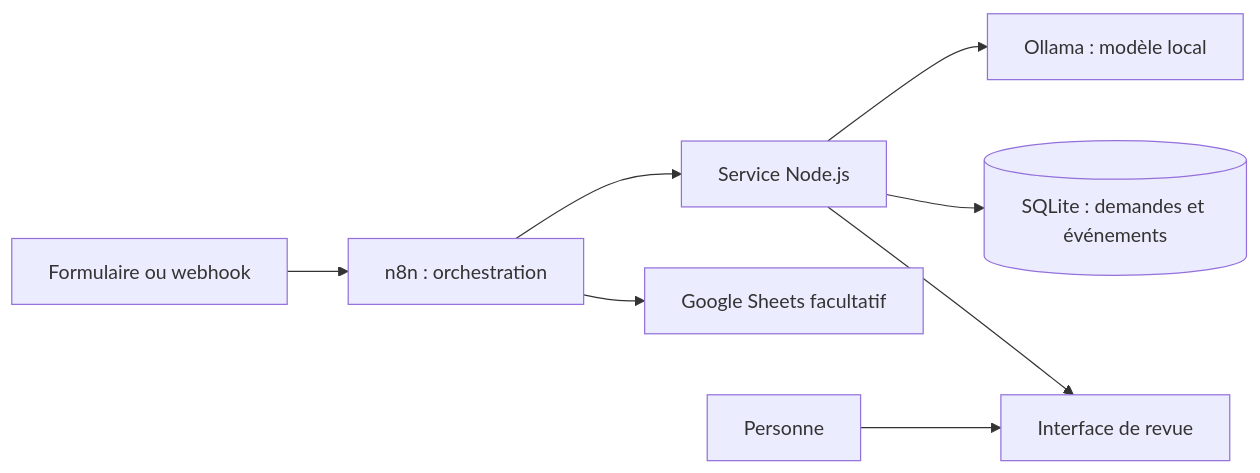
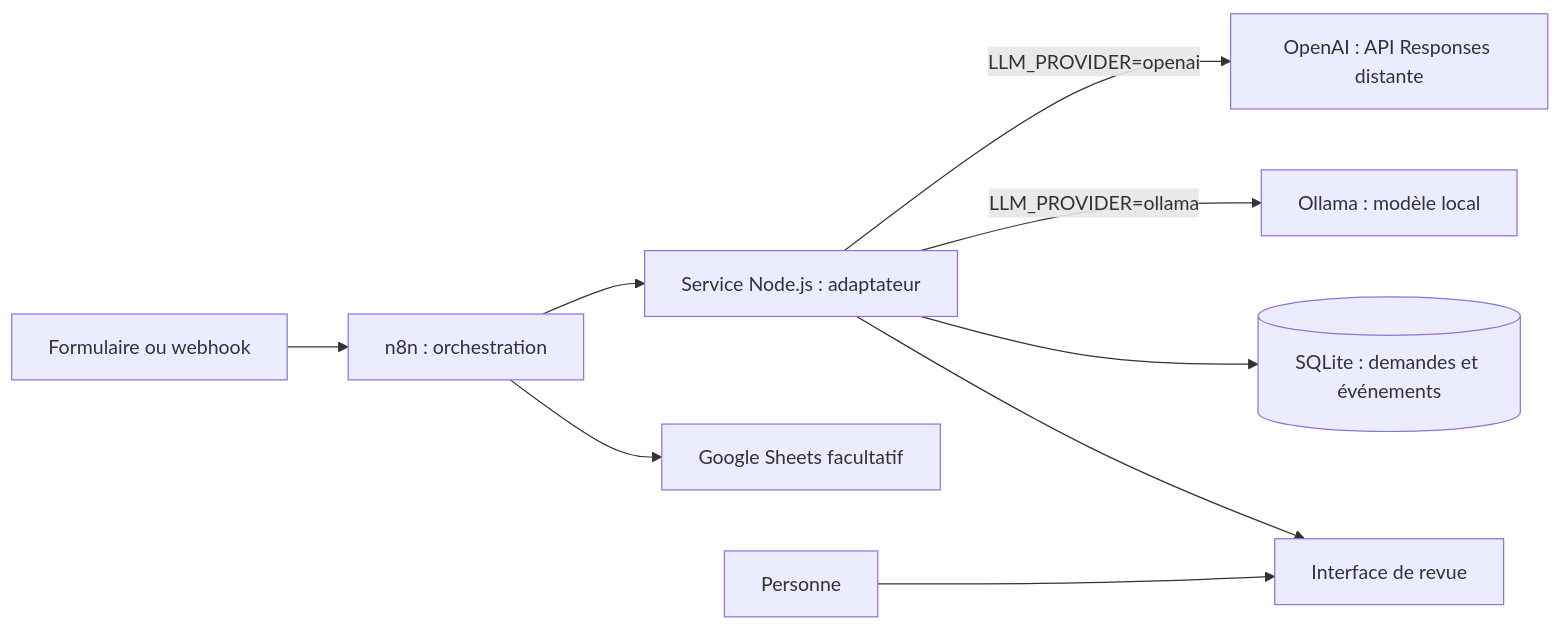
Before and after one commit to nicolashedoire/n8n-docker: the diagram in docs/ENTRETIEN.md, drawn with Mermaid. The commit also changed other lines of this file and 9 other files, not shown here.

````diff
--- a/docs/ENTRETIEN.md
+++ b/docs/ENTRETIEN.md
@@ -67,10 +72,11 @@
 ```mermaid
 flowchart LR
   F[Formulaire ou webhook] --> N[n8n : orchestration]
-  N --> API[Service Node.js]
-  API --> O[Ollama : modèle local]
+  N --> API[Service Node.js : adaptateur]
+  API -->|LLM_PROVIDER=openai| OA[OpenAI : API Responses distante]
+  API -->|LLM_PROVIDER=ollama| O[Ollama : modèle local]
   API --> DB[(SQLite : demandes et événements)]
   N --> G[Google Sheets facultatif]
   API --> U[Interface de revue]
   H[Personne] --> U
 ```
````
